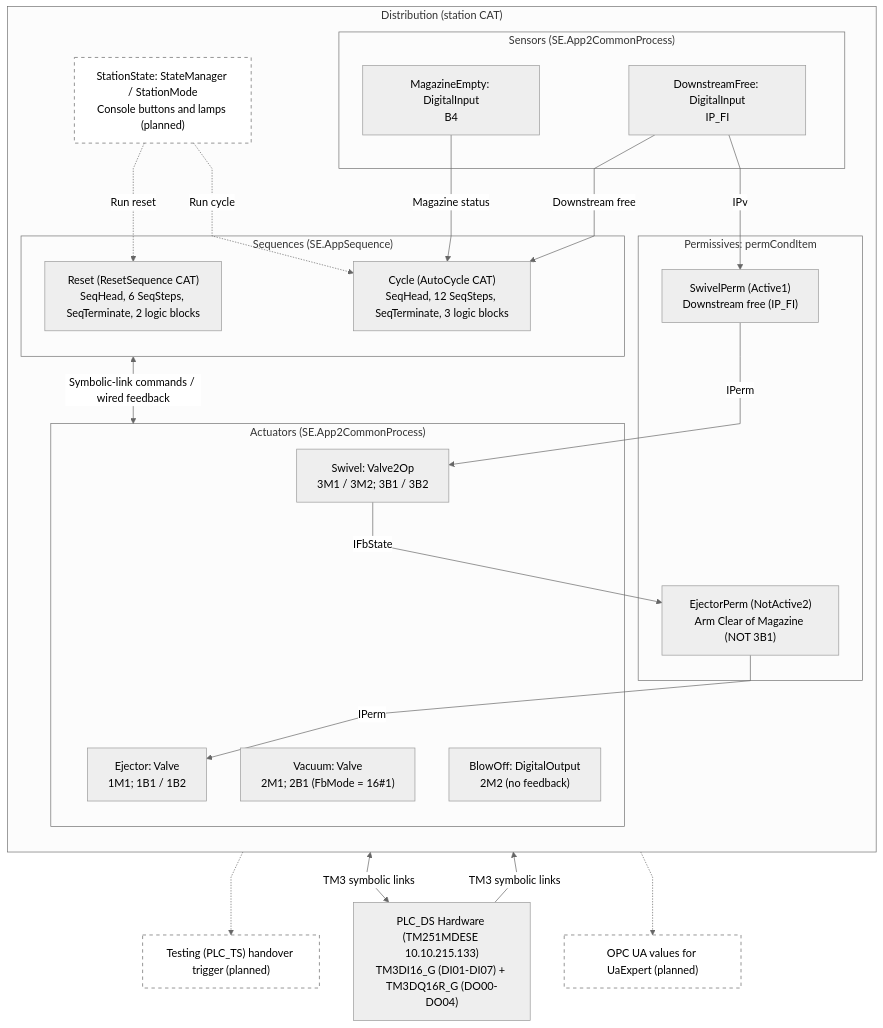
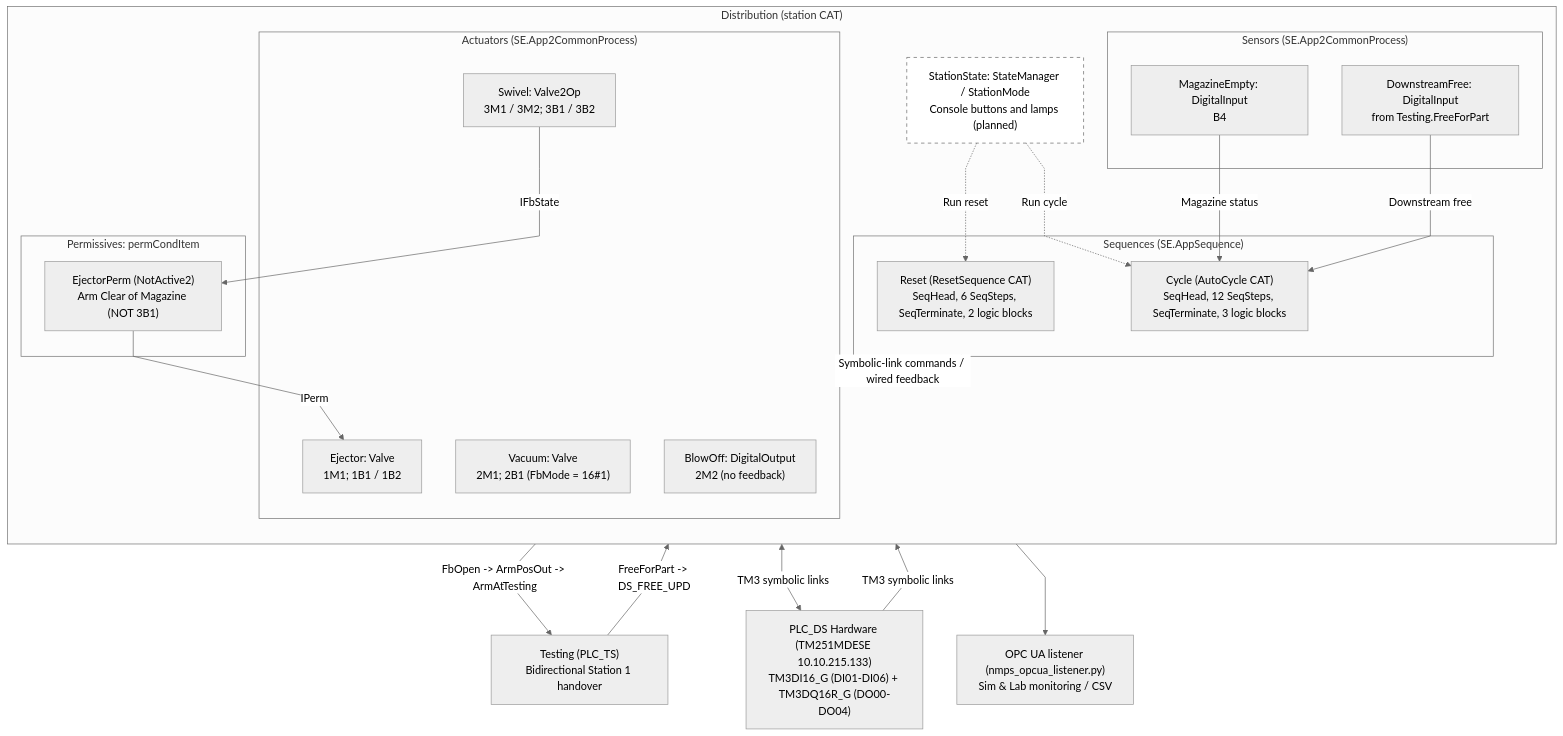
The first of 4 diagrams in docs/DISTRIBUTION.md (D7017E-LLM-Based-Failure-Detection/ttt-MPS), drawn with Mermaid before and after one commit. The commit also changed other lines of this file and 1 other file, not shown here.

Commit message:
docs(station1): update Distribution and Testing docs for handover and simulation

````diff
--- a/docs/DISTRIBUTION.md
+++ b/docs/DISTRIBUTION.md
@@ -37,52 +37,50 @@
 ```mermaid
 %%{init: {"theme": "neutral", "flowchart": {"curve": "linear"}}}%%
 flowchart TB
     subgraph Distribution["Distribution (station CAT)"]
         direction TB
         StationState["StationState: StateManager / StationMode<br/>Console buttons and lamps (planned)"]
 
         subgraph Sequences["Sequences (SE.AppSequence)"]
             Reset["Reset (ResetSequence CAT)<br/>SeqHead, 6 SeqSteps, SeqTerminate, 2 logic blocks"]
             Cycle["Cycle (AutoCycle CAT)<br/>SeqHead, 12 SeqSteps, SeqTerminate, 3 logic blocks"]
         end
 
         subgraph Actuators["Actuators (SE.App2CommonProcess)"]
             Ejector["Ejector: Valve<br/>1M1; 1B1 / 1B2"]
             Swivel["Swivel: Valve2Op<br/>3M1 / 3M2; 3B1 / 3B2"]
             Vacuum["Vacuum: Valve<br/>2M1; 2B1 (FbMode = 16#1)"]
             BlowOff["BlowOff: DigitalOutput<br/>2M2 (no feedback)"]
         end
 
         subgraph Sensors["Sensors (SE.App2CommonProcess)"]
             MagazineEmpty["MagazineEmpty: DigitalInput<br/>B4"]
-            DownstreamFree["DownstreamFree: DigitalInput<br/>IP_FI"]
+            DownstreamFree["DownstreamFree: DigitalInput<br/>from Testing.FreeForPart"]
         end
 
         subgraph Permissives["Permissives: permCondItem"]
             EjectorPerm["EjectorPerm (NotActive2)<br/>Arm Clear of Magazine (NOT 3B1)"]
-            SwivelPerm["SwivelPerm (Active1)<br/>Downstream free (IP_FI)"]
         end
 
         StationState -.->|Run reset| Reset
         StationState -.->|Run cycle| Cycle
         Sequences <-->|Symbolic-link commands / wired feedback| Actuators
         MagazineEmpty -->|Magazine status| Cycle
         DownstreamFree -->|Downstream free| Cycle
         Swivel -->|IFbState| EjectorPerm
         EjectorPerm -->|IPerm| Ejector
-        DownstreamFree -->|IPv| SwivelPerm
-        SwivelPerm -->|IPerm| Swivel
     end
 
-    PLC["PLC_DS Hardware (TM251MDESE 10.10.215.133)<br/>TM3DI16_G (DI01-DI07) + TM3DQ16R_G (DO00-DO04)"]
-    Testing["Testing (PLC_TS) handover trigger (planned)"]
-    OPCUA["OPC UA values for UaExpert (planned)"]
+    PLC["PLC_DS Hardware (TM251MDESE 10.10.215.133)<br/>TM3DI16_G (DI01-DI06) + TM3DQ16R_G (DO00-DO04)"]
+    Testing["Testing (PLC_TS)<br/>Bidirectional Station 1 handover"]
+    OPCUA["OPC UA listener (nmps_opcua_listener.py)<br/>Sim & Lab monitoring / CSV"]
 
     Actuators <-->|TM3 symbolic links| PLC
     PLC -->|TM3 symbolic links| Sensors
-    DownstreamFree -.-> Testing
-    Distribution -.-> OPCUA
+    Testing -->|"FreeForPart -> DS_FREE_UPD"| DownstreamFree
+    Swivel -->|"FbOpen -> ArmPosOut -> ArmAtTesting"| Testing
+    Distribution --> OPCUA
 
     classDef planned fill:#fff,stroke:#666,stroke-dasharray:5 5
-    class StationState,Testing,OPCUA planned
+    class StationState planned
 ```
````
